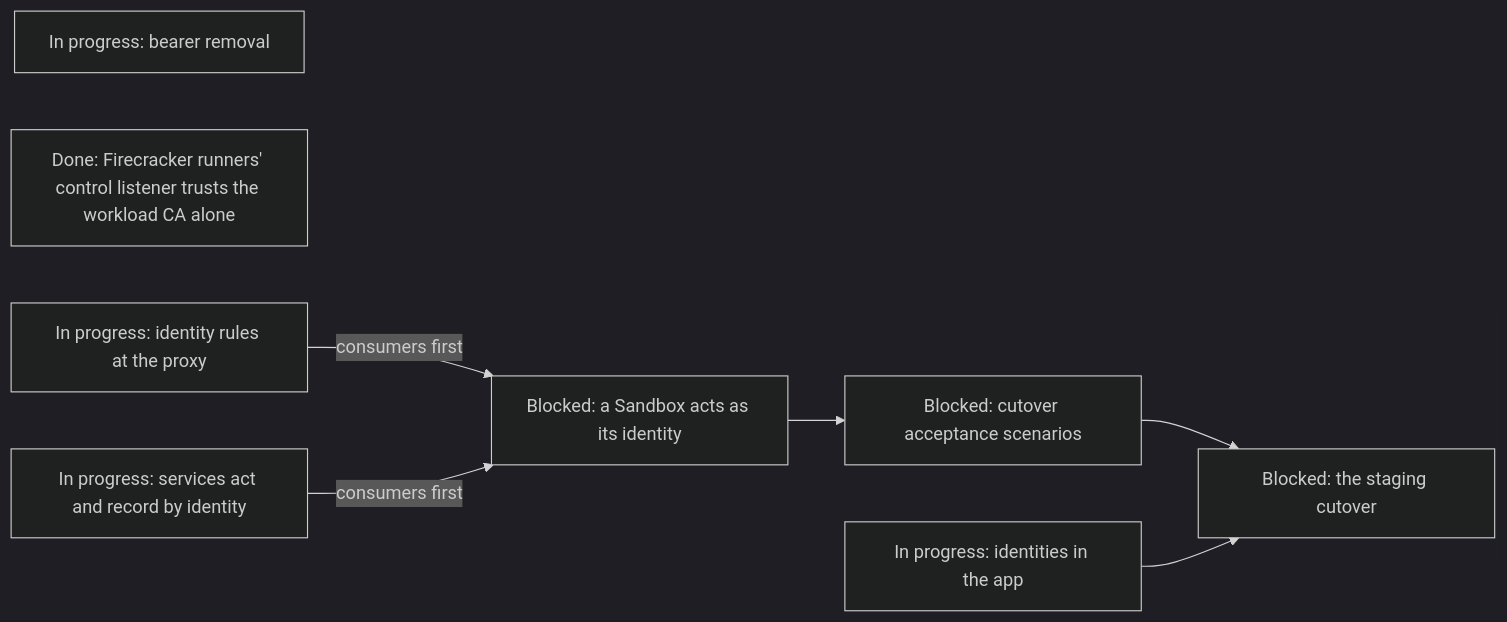
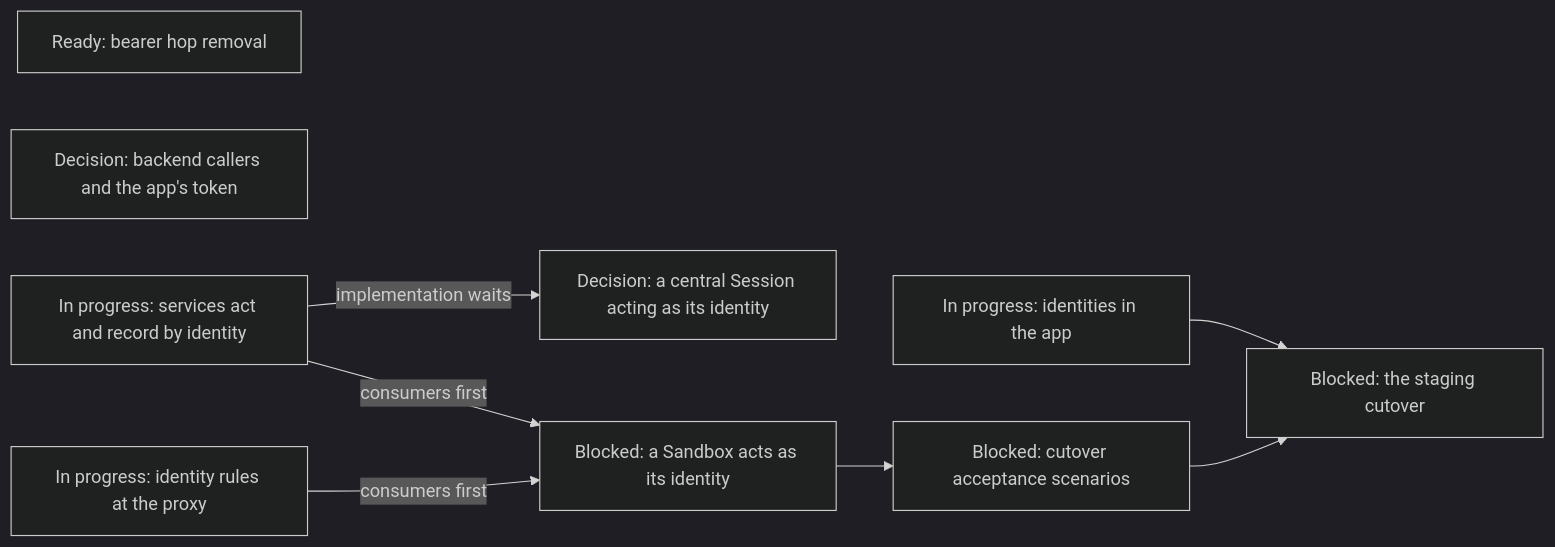
Before and after one commit to agentydragon/ducktape: diagram 17 of 19 in agentplane/plans/task_dag.md, drawn with Mermaid (dark theme). The commit also changed other lines of this file and 6 other files, not shown here.

First line of the commit message:
agentplane/plans: audit Kubernetes-token paths against the identity target

````diff
--- a/agentplane/plans/task_dag.md
+++ b/agentplane/plans/task_dag.md
@@ -3018,14 +3035,16 @@
 ```mermaid
 flowchart LR
-    WORKLOAD_AUTH_CUTOVER[In progress: bearer removal]
+    WORKLOAD_AUTH_CUTOVER[Ready: bearer hop removal]
+    SERVICE_CALLER_AUTH_DECISION[Decision: backend callers and the app's token]
+    CENTRAL_SESSION_ACTING_DESIGN[Decision: a central Session acting as its identity]
+    SERVICES_IDENTITY_PRINCIPAL -->|implementation waits| CENTRAL_SESSION_ACTING_DESIGN
     APP_IDENTITIES_UI[In progress: identities in the app]
-    WORKLOAD_CA_CLIENT_TRUST[Done: Firecracker runners' control listener trusts the workload CA alone]
     EGRESS_IDENTITY_RULES[In progress: identity rules at the proxy]
     SERVICES_IDENTITY_PRINCIPAL[In progress: services act and record by identity]
     SANDBOX_IDENTITY_SPEC[Blocked: a Sandbox acts as its identity]
     EGRESS_IDENTITY_RULES -->|consumers first| SANDBOX_IDENTITY_SPEC
     SERVICES_IDENTITY_PRINCIPAL -->|consumers first| SANDBOX_IDENTITY_SPEC
     SANDBOX_IDENTITY_SPEC --> IDENTITY_SYSTEM_TESTS[Blocked: cutover acceptance scenarios]
     IDENTITY_SYSTEM_TESTS --> IDENTITY_CUTOVER[Blocked: the staging cutover]
     APP_IDENTITIES_UI --> IDENTITY_CUTOVER
 ```
````
